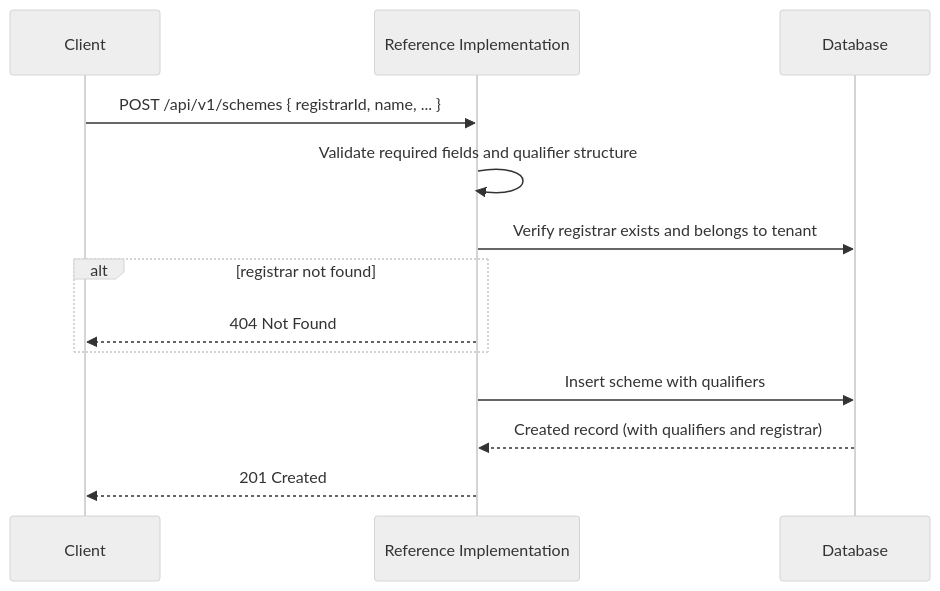
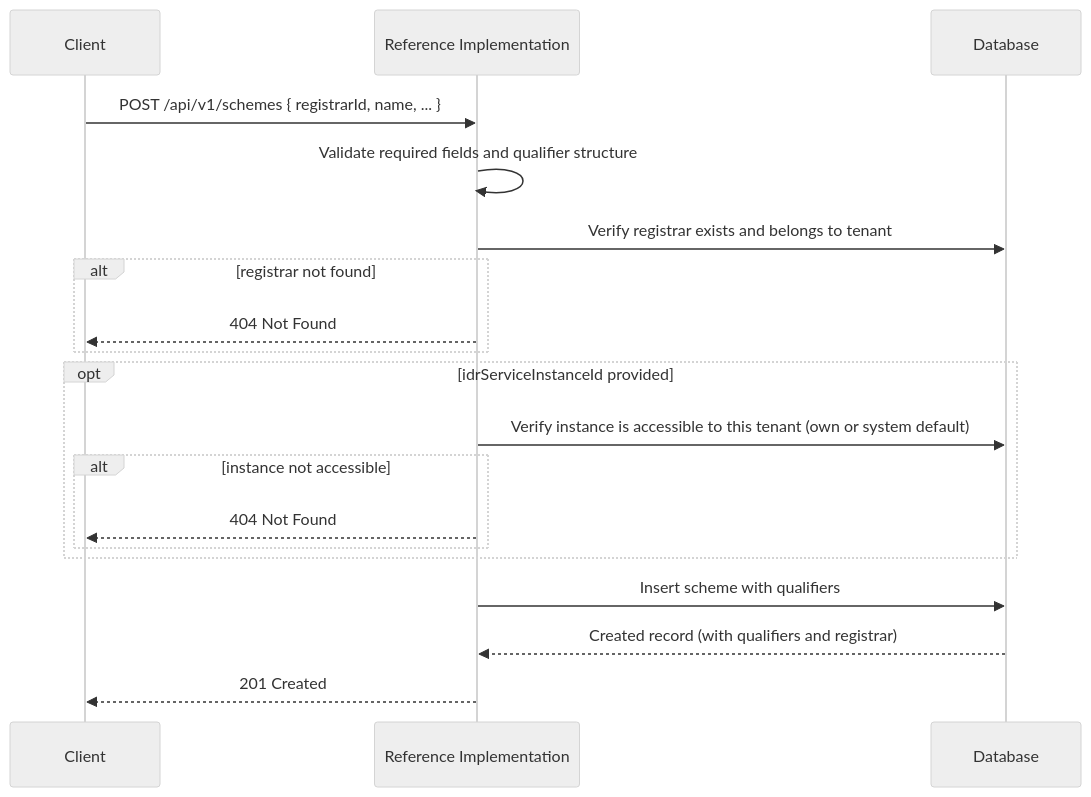
The first of 6 diagrams in documentation/docs/reference-implementation/api/identifiers.md (uncefact/tests-untp), drawn with Mermaid (neutral theme) before and after one commit. The commit also changed other lines of this file and 27 other files, not shown here.

````diff
--- a/documentation/docs/reference-implementation/api/identifiers.md
+++ b/documentation/docs/reference-implementation/api/identifiers.md
@@ -109,16 +109,22 @@
 ```mermaid
 sequenceDiagram
     participant Client
     participant RI as Reference Implementation
     participant DB as Database
 
     Client->>RI: POST /api/v1/schemes { registrarId, name, ... }
     RI->>RI: Validate required fields and qualifier structure
     RI->>DB: Verify registrar exists and belongs to tenant
     alt registrar not found
         RI-->>Client: 404 Not Found
     end
+    opt idrServiceInstanceId provided
+        RI->>DB: Verify instance is accessible to this tenant (own or system default)
+        alt instance not accessible
+            RI-->>Client: 404 Not Found
+        end
+    end
     RI->>DB: Insert scheme with qualifiers
     DB-->>RI: Created record (with qualifiers and registrar)
     RI-->>Client: 201 Created
 ```
````
